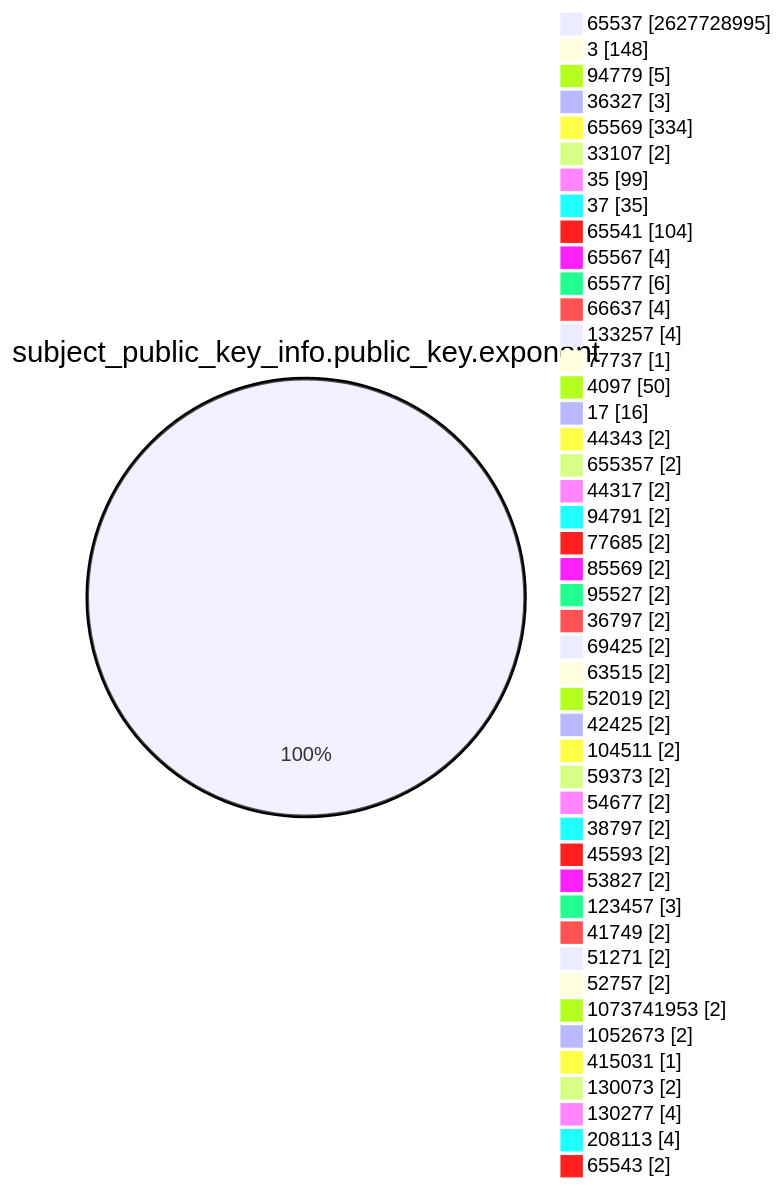
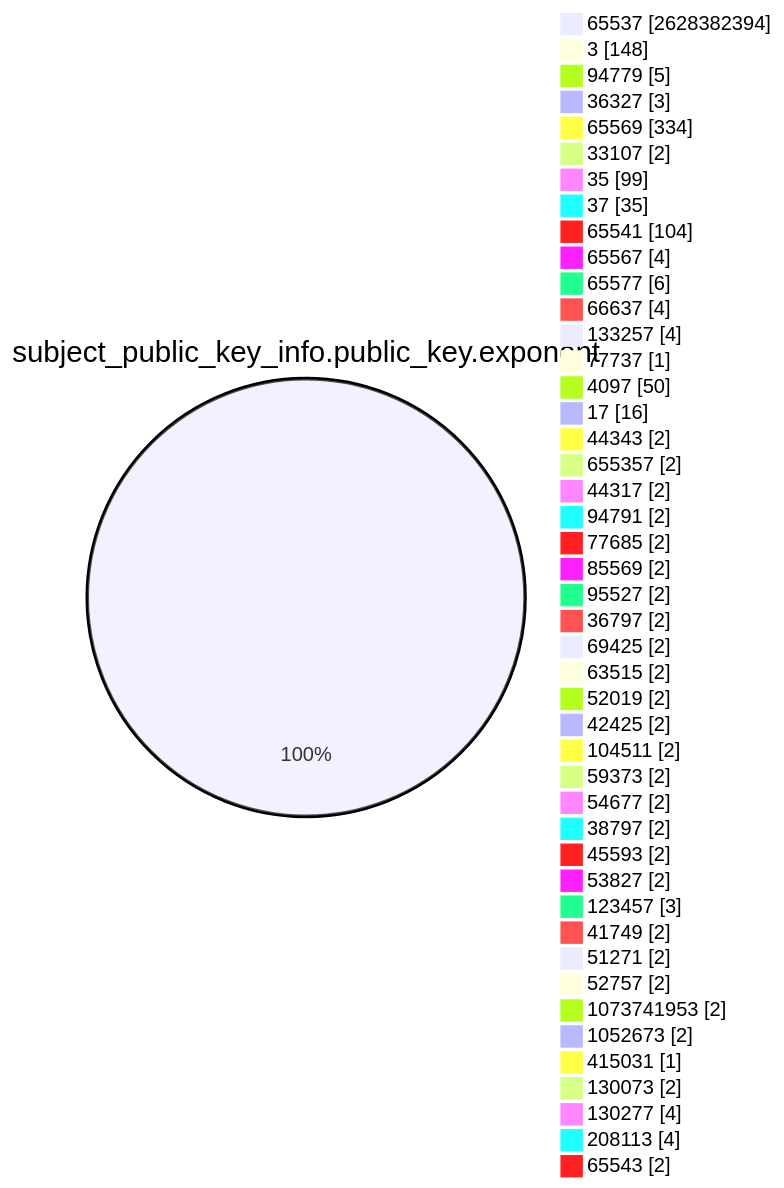
The fourth of 15 diagrams in TOTAL/README.md (christiankrug/ctmonitor_visualization), drawn with Mermaid before and after one commit. The commit also changed other lines of this file, not shown here.

````diff
--- a/TOTAL/README.md
+++ b/TOTAL/README.md
@@ -1466,49 +1466,49 @@
 ```mermaid
 pie showData
 title subject_public_key_info.public_key.exponent
-"65537" :2627728995
+"65537" :2628382394
 "3" :148
 "94779" :5
 "36327" :3
 "65569" :334
 "33107" :2
 "35" :99
 "37" :35
 "65541" :104
 "65567" :4
 "65577" :6
 "66637" :4
 "133257" :4
 "77737" :1
 "4097" :50
 "17" :16
 "44343" :2
 "655357" :2
 "44317" :2
 "94791" :2
 "77685" :2
 "85569" :2
 "95527" :2
 "36797" :2
 "69425" :2
 "63515" :2
 "52019" :2
 "42425" :2
 "104511" :2
 "59373" :2
 "54677" :2
 "38797" :2
 "45593" :2
 "53827" :2
 "123457" :3
 "41749" :2
 "51271" :2
 "52757" :2
 "1073741953" :2
 "1052673" :2
 "415031" :1
 "130073" :2
 "130277" :4
 "208113" :4
 "65543" :2
 ```
````
